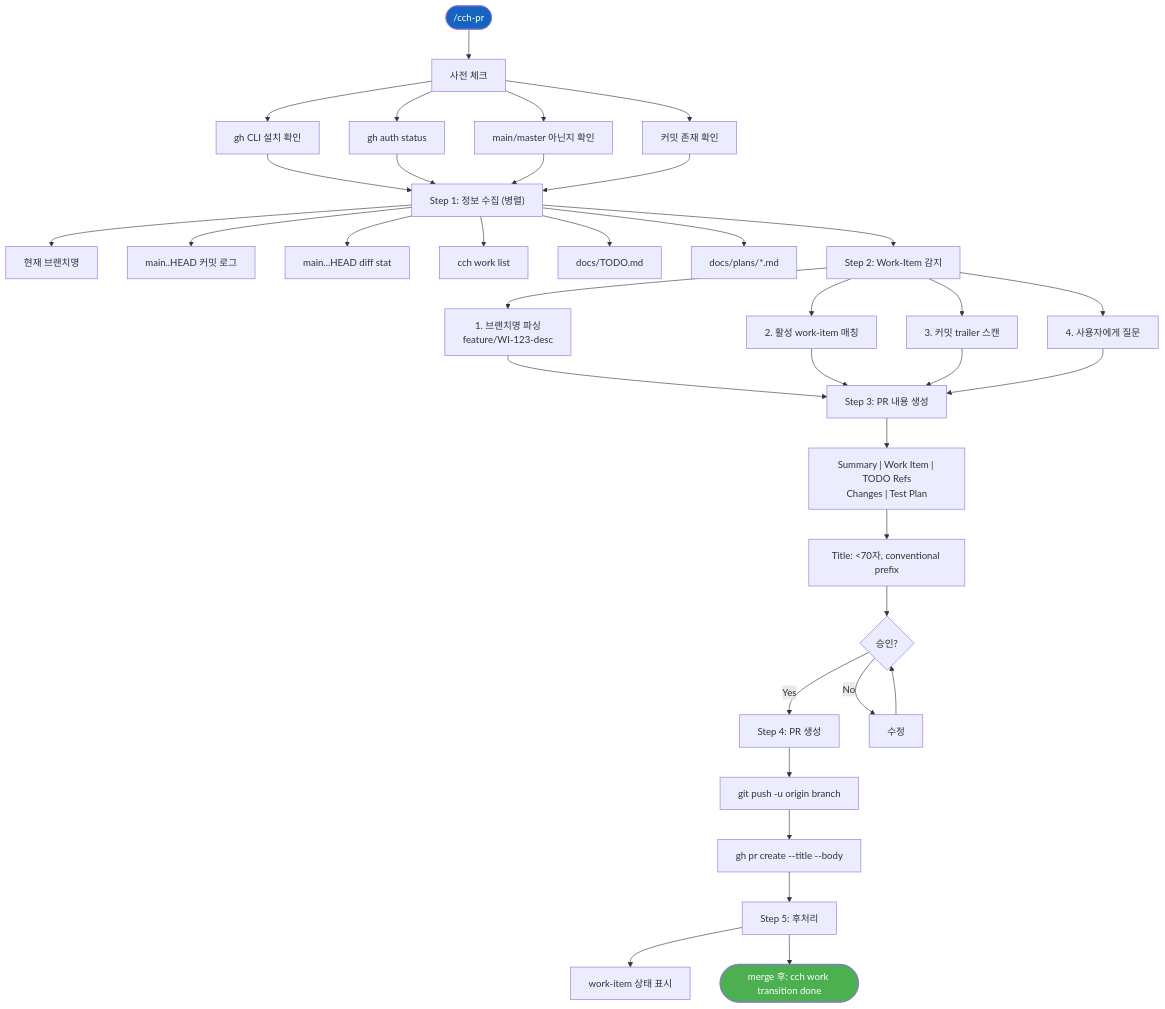
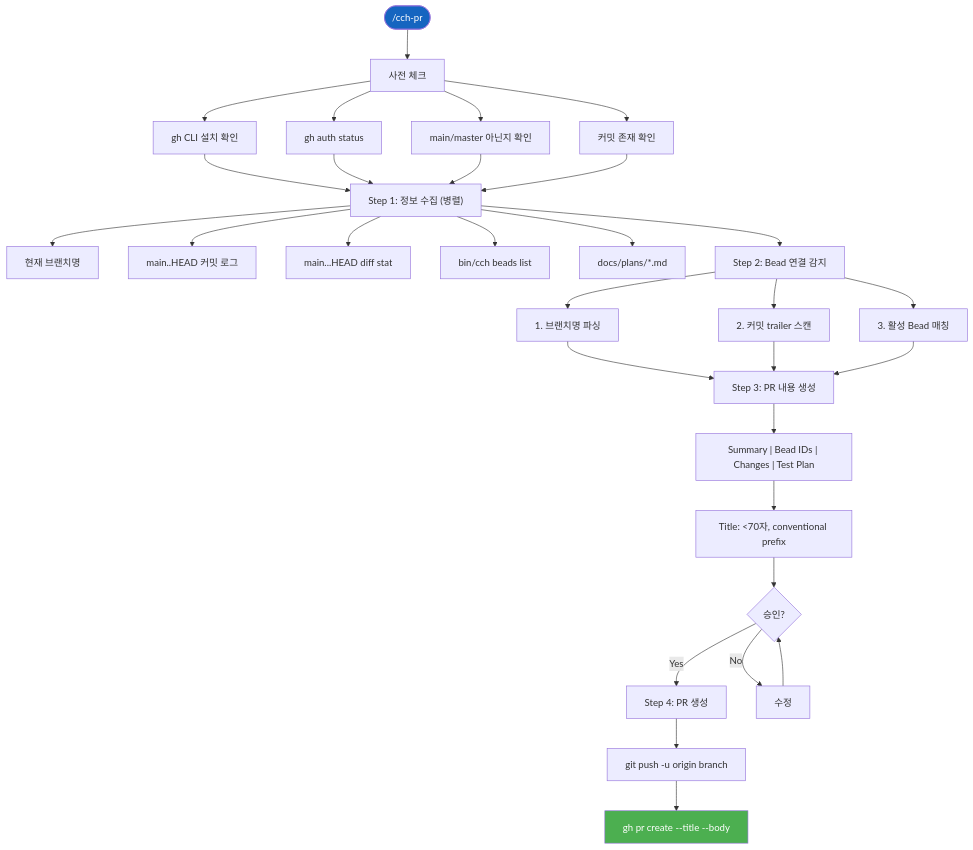
Before and after one commit to skdkfk8758/claude-code-harness: the ninth of 12 diagrams in docs/diagrams/cch-workflows.md, drawn with Mermaid. The commit also changed other lines of this file and 34 other files, not shown here.

````diff
--- a/docs/diagrams/cch-workflows.md
+++ b/docs/diagrams/cch-workflows.md
@@ -673,41 +388,35 @@
 ```mermaid
 flowchart TD
     START(["/cch-pr"]) --> PRECHECK["사전 체크"]
     PRECHECK --> P1["gh CLI 설치 확인"]
     PRECHECK --> P2["gh auth status"]
     PRECHECK --> P3["main/master 아닌지 확인"]
     PRECHECK --> P4["커밋 존재 확인"]
 
     P1 & P2 & P3 & P4 --> COLLECT["Step 1: 정보 수집 (병렬)"]
     COLLECT --> BRANCH["현재 브랜치명"]
     COLLECT --> COMMITS["main..HEAD 커밋 로그"]
     COLLECT --> DIFF_STAT["main...HEAD diff stat"]
-    COLLECT --> WORK_ITEMS["cch work list"]
-    COLLECT --> TODO_READ["docs/TODO.md"]
+    COLLECT --> BEADS_LIST["bin/cch beads list"]
     COLLECT --> PLANS["docs/plans/*.md"]
 
-    COLLECT --> DETECT_WI["Step 2: Work-Item 감지"]
-    DETECT_WI --> D1["1. 브랜치명 파싱<br/>feature/WI-123-desc"]
-    DETECT_WI --> D2["2. 활성 work-item 매칭"]
-    DETECT_WI --> D3["3. 커밋 trailer 스캔"]
-    DETECT_WI --> D4["4. 사용자에게 질문"]
+    COLLECT --> DETECT["Step 2: Bead 연결 감지"]
+    DETECT --> D1["1. 브랜치명 파싱"]
+    DETECT --> D2["2. 커밋 trailer 스캔"]
+    DETECT --> D3["3. 활성 Bead 매칭"]
 
-    D1 & D2 & D3 & D4 --> GENERATE["Step 3: PR 내용 생성"]
-    GENERATE --> SECTIONS["Summary | Work Item | TODO Refs<br/>Changes | Test Plan"]
+    D1 & D2 & D3 --> GENERATE["Step 3: PR 내용 생성"]
+    GENERATE --> SECTIONS["Summary | Bead IDs | Changes | Test Plan"]
     SECTIONS --> TITLE["Title: <70자, conventional prefix"]
 
     TITLE --> APPROVE{"승인?"}
     APPROVE -->|Yes| CREATE_PR["Step 4: PR 생성"]
     APPROVE -->|No| REVISE["수정"]
     REVISE --> APPROVE
 
     CREATE_PR --> PUSH["git push -u origin branch"]
     PUSH --> GH_PR["gh pr create --title --body"]
 
-    GH_PR --> POST["Step 5: 후처리"]
-    POST --> SHOW_WI["work-item 상태 표시"]
-    POST --> GUIDE(["merge 후: cch work transition done"])
-
     style START fill:#1565C0,color:white
-    style GUIDE fill:#4CAF50,color:white
+    style GH_PR fill:#4CAF50,color:white
 ```
````
